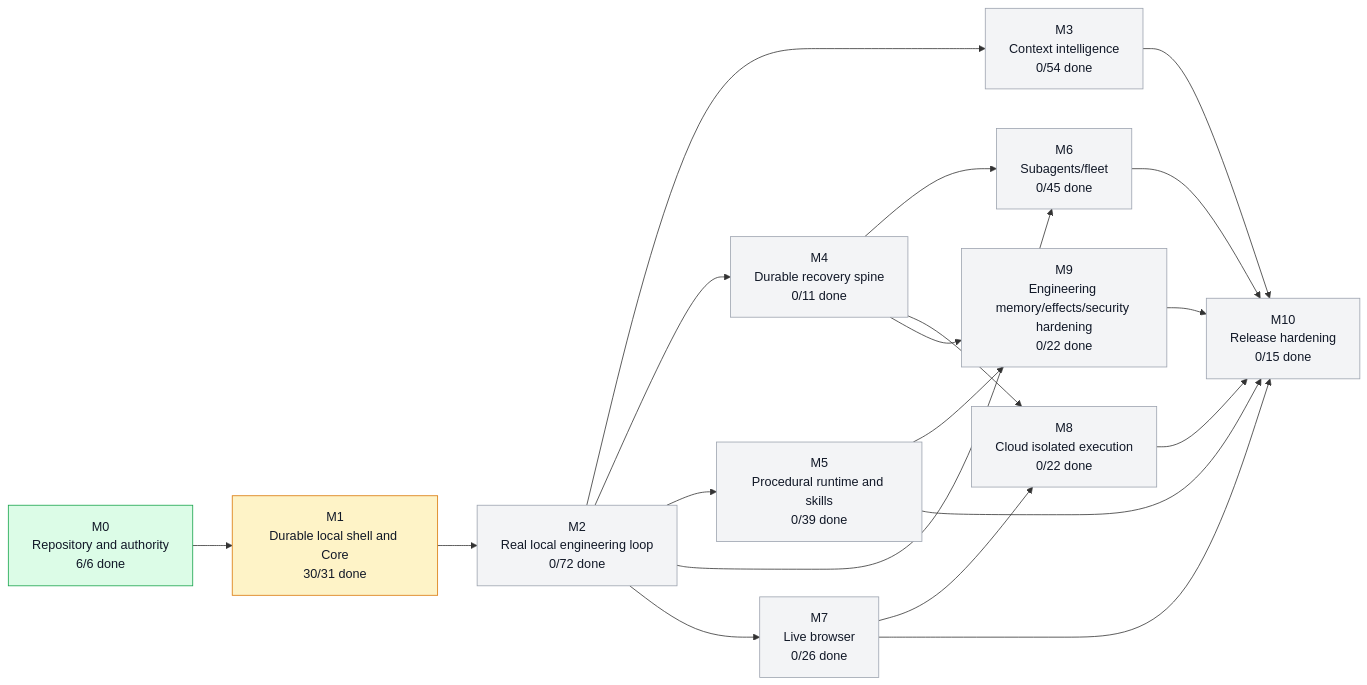
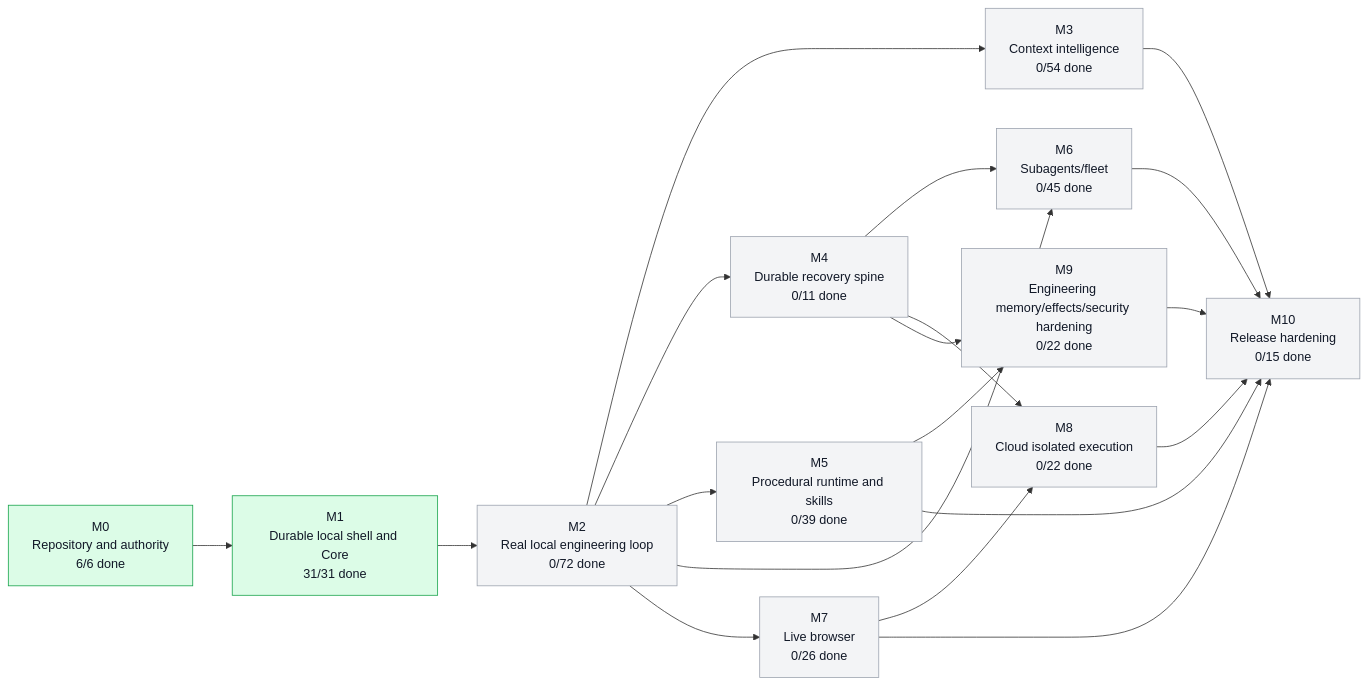
Before and after one commit to moss101/zmodbit: the first of 3 diagrams in graph/PROJECT_GRAPH.md, drawn with Mermaid. The commit also changed other lines of this file and 3 other files, not shown here.

````diff
--- a/graph/PROJECT_GRAPH.md
+++ b/graph/PROJECT_GRAPH.md
@@ -43,43 +43,43 @@
 ```mermaid
 flowchart LR
   M0["M0<br/>Repository and authority<br/>6/6 done"]
-  M1["M1<br/>Durable local shell and Core<br/>30/31 done"]
+  M1["M1<br/>Durable local shell and Core<br/>31/31 done"]
   M2["M2<br/>Real local engineering loop<br/>0/72 done"]
   M3["M3<br/>Context intelligence<br/>0/54 done"]
   M4["M4<br/>Durable recovery spine<br/>0/11 done"]
   M5["M5<br/>Procedural runtime and skills<br/>0/39 done"]
   M6["M6<br/>Subagents/fleet<br/>0/45 done"]
   M7["M7<br/>Live browser<br/>0/26 done"]
   M8["M8<br/>Cloud isolated execution<br/>0/22 done"]
   M9["M9<br/>Engineering memory/effects/security hardening<br/>0/22 done"]
   M10["M10<br/>Release hardening<br/>0/15 done"]
   M0 --> M1
   M1 --> M2
   M2 --> M3
   M2 --> M4
   M2 --> M5
   M2 --> M6
   M4 --> M6
   M2 --> M7
   M4 --> M8
   M7 --> M8
   M4 --> M9
   M5 --> M9
   M3 --> M10
   M5 --> M10
   M6 --> M10
   M7 --> M10
   M8 --> M10
   M9 --> M10
   style M0 fill:#dcfce7,stroke:#16a34a,color:#111827
-  style M1 fill:#fef3c7,stroke:#d97706,color:#111827
+  style M1 fill:#dcfce7,stroke:#16a34a,color:#111827
   style M2 fill:#f3f4f6,stroke:#9ca3af,color:#111827
   style M3 fill:#f3f4f6,stroke:#9ca3af,color:#111827
   style M4 fill:#f3f4f6,stroke:#9ca3af,color:#111827
   style M5 fill:#f3f4f6,stroke:#9ca3af,color:#111827
   style M6 fill:#f3f4f6,stroke:#9ca3af,color:#111827
   style M7 fill:#f3f4f6,stroke:#9ca3af,color:#111827
   style M8 fill:#f3f4f6,stroke:#9ca3af,color:#111827
   style M9 fill:#f3f4f6,stroke:#9ca3af,color:#111827
   style M10 fill:#f3f4f6,stroke:#9ca3af,color:#111827
 ```
````
